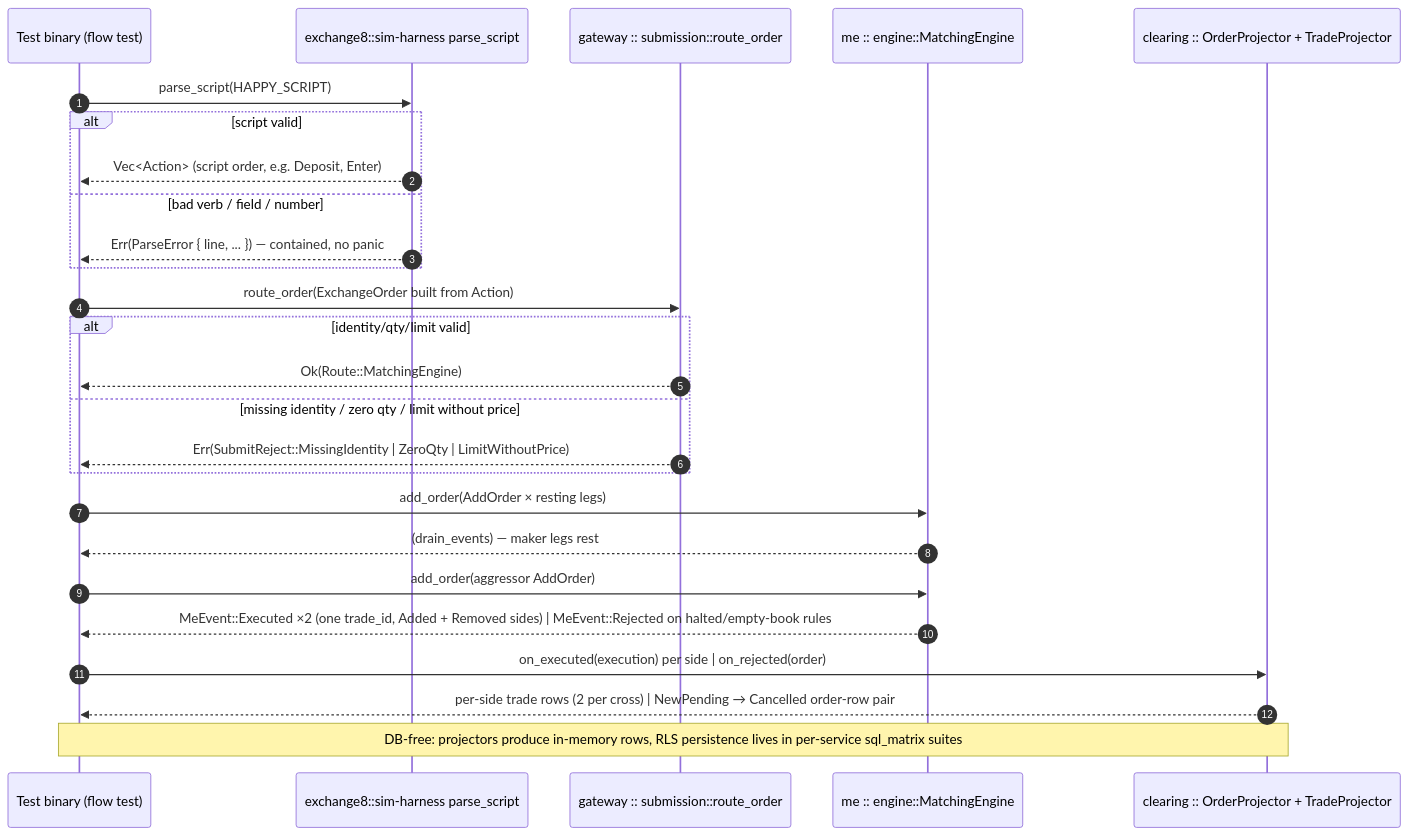
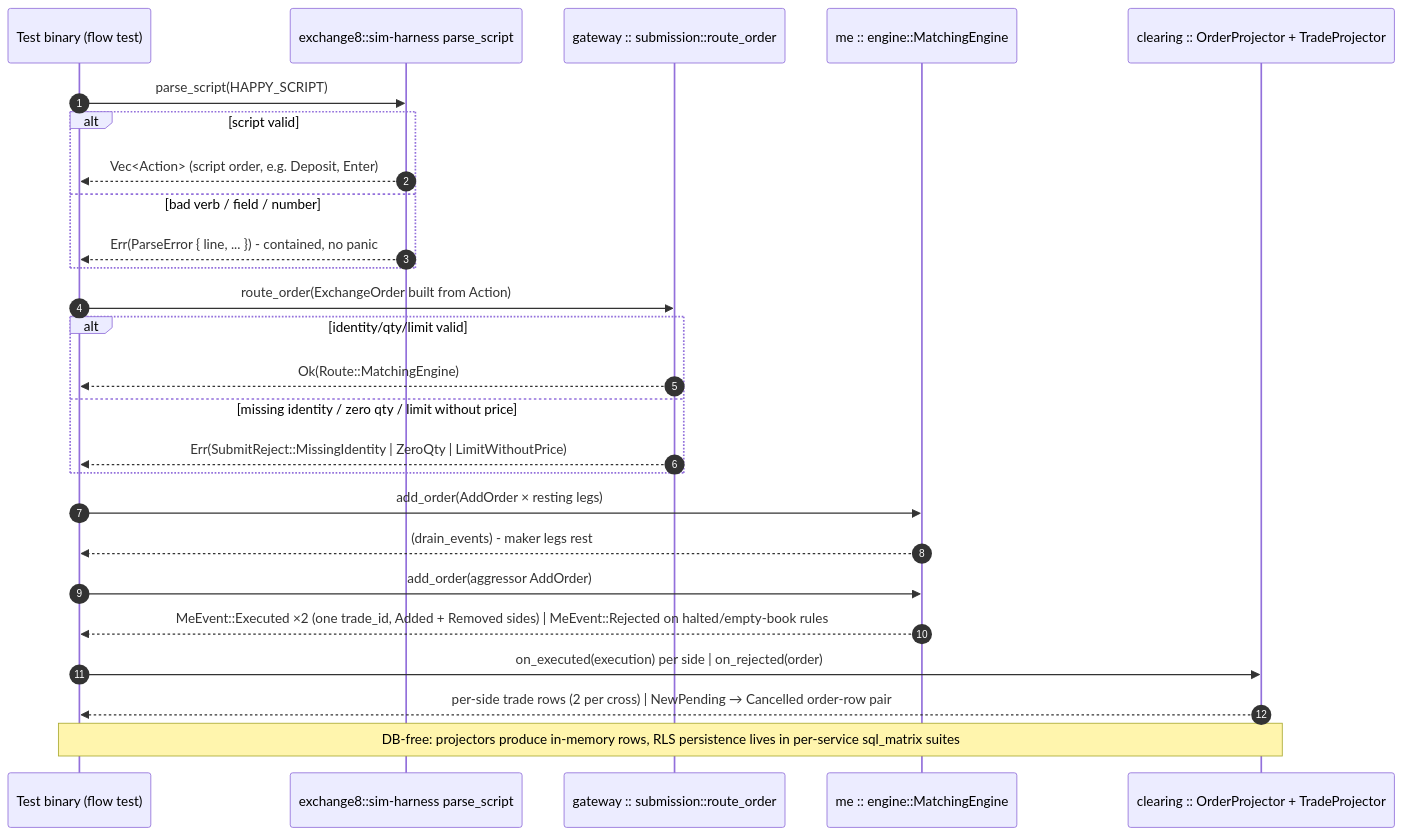
Before and after one commit to Exchange8-dev/exchange8-sdk: the third of 6 diagrams in crates/sim-harness/DESIGN.md, drawn with Mermaid. The commit also changed other lines of this file and 60 other files, not shown here.

````diff
--- a/crates/sim-harness/DESIGN.md
+++ b/crates/sim-harness/DESIGN.md
@@ -118,29 +118,29 @@
 ```mermaid
 sequenceDiagram
     autonumber
     participant T as Test binary (flow test)
     participant SH as exchange8::sim-harness parse_script
     participant GW as gateway :: submission::route_order
     participant ME as me :: engine::MatchingEngine
     participant CL as clearing :: OrderProjector + TradeProjector
 
     T->>SH: parse_script(HAPPY_SCRIPT)
     alt script valid
         SH-->>T: Vec<Action> (script order, e.g. Deposit, Enter)
     else bad verb / field / number
-        SH-->>T: Err(ParseError { line, ... }) — contained, no panic
+        SH-->>T: Err(ParseError { line, ... }) - contained, no panic
     end
     T->>GW: route_order(ExchangeOrder built from Action)
     alt identity/qty/limit valid
         GW-->>T: Ok(Route::MatchingEngine)
     else missing identity / zero qty / limit without price
         GW-->>T: Err(SubmitReject::MissingIdentity | ZeroQty | LimitWithoutPrice)
     end
     T->>ME: add_order(AddOrder × resting legs)
-    ME-->>T: (drain_events) — maker legs rest
+    ME-->>T: (drain_events) - maker legs rest
     T->>ME: add_order(aggressor AddOrder)
     ME-->>T: MeEvent::Executed ×2 (one trade_id, Added + Removed sides) | MeEvent::Rejected on halted/empty-book rules
     T->>CL: on_executed(execution) per side | on_rejected(order)
     CL-->>T: per-side trade rows (2 per cross) | NewPending → Cancelled order-row pair
     Note over T,CL: DB-free: projectors produce in-memory rows, RLS persistence lives in per-service sql_matrix suites
 ```
````
